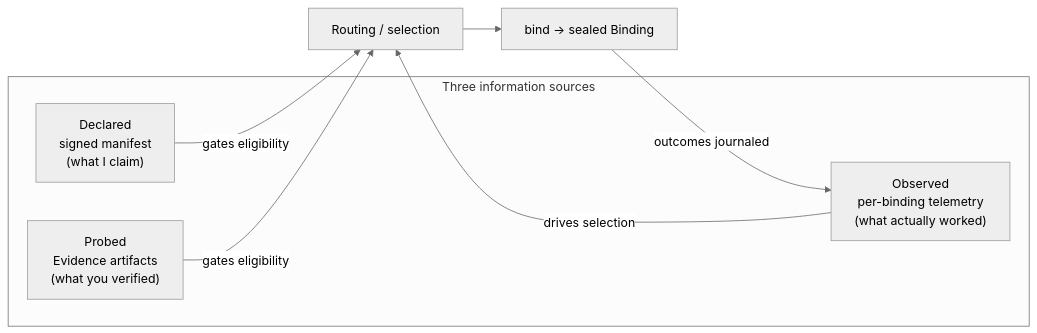
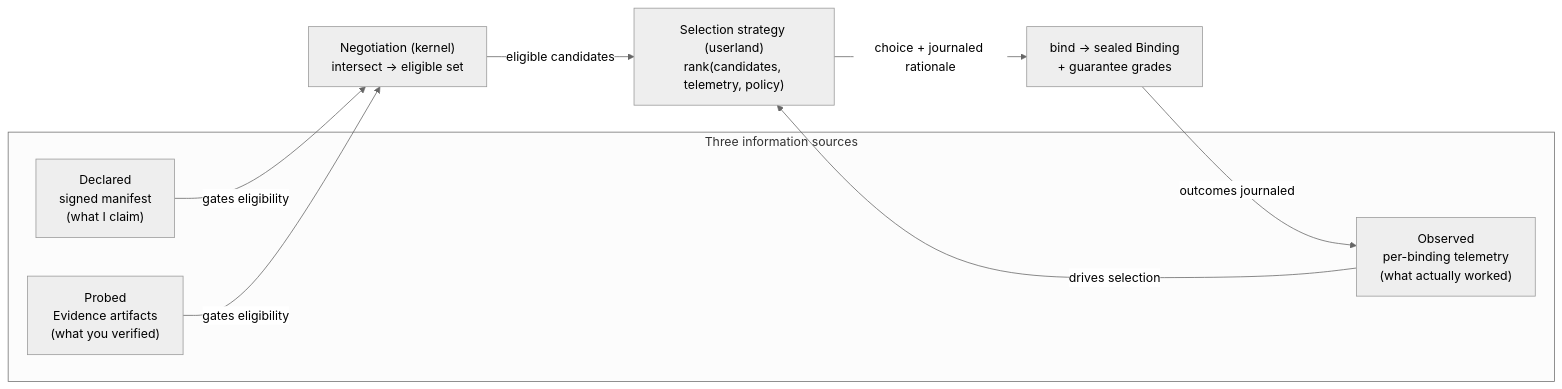
Before and after one commit to jeetu619/kyxo-runtime: the first of 2 diagrams in docs/06-CAPABILITY-SPEC.md, drawn with Mermaid (neutral theme). The commit also changed other lines of this file and 4 other files, not shown here.

````diff
--- a/docs/06-CAPABILITY-SPEC.md
+++ b/docs/06-CAPABILITY-SPEC.md
@@ -296,13 +434,14 @@
 ```mermaid
 flowchart LR
     subgraph sources [Three information sources]
         D["Declared<br/>signed manifest<br/>(what I claim)"]
         P["Probed<br/>Evidence artifacts<br/>(what you verified)"]
         O["Observed<br/>per-binding telemetry<br/>(what actually worked)"]
     end
-    D -->|gates eligibility| R[Routing / selection]
-    P -->|gates eligibility| R
-    O -->|drives selection| R
-    R --> B[bind → sealed Binding]
+    D -->|gates eligibility| N["Negotiation (kernel)<br/>intersect → eligible set"]
+    P -->|gates eligibility| N
+    N -->|"eligible candidates"| S["Selection strategy (userland)<br/>rank(candidates, telemetry, policy)"]
+    O -->|drives selection| S
+    S -->|"choice + journaled rationale"| B["bind → sealed Binding<br/>+ guarantee grades"]
     B -->|outcomes journaled| O
 ```
````
